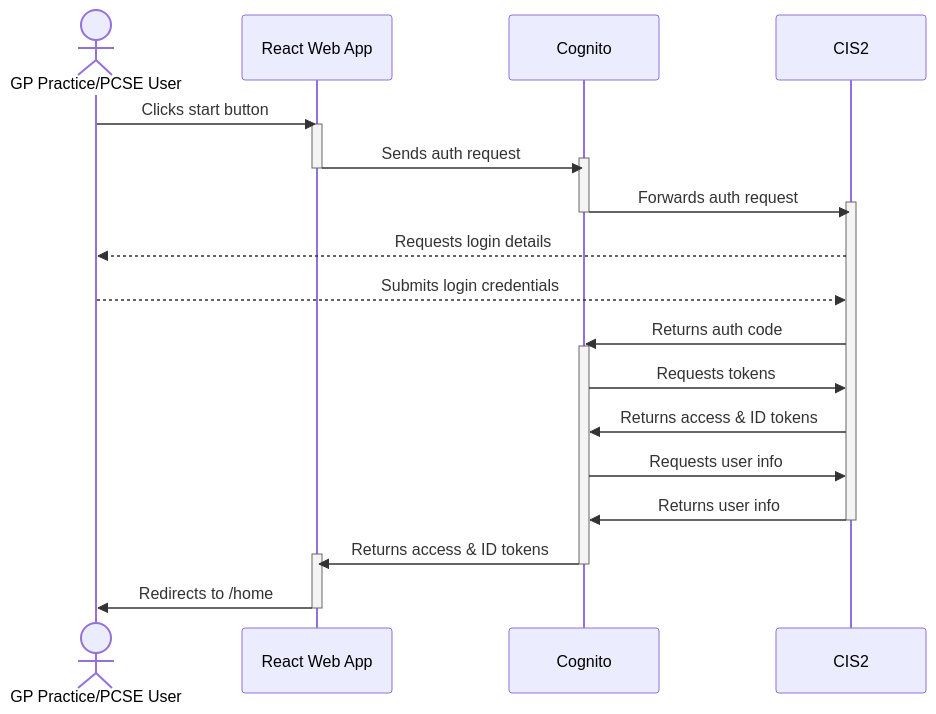
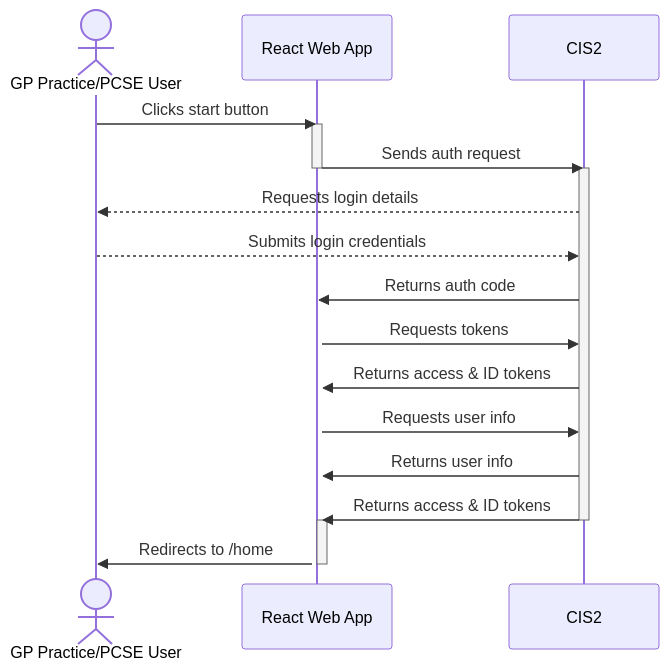
One commit to nhsconnect/document-store-prototype changed the first of 3 diagrams in docs/diagrams/sequence/auth.md. Above: the diagram before and after it, drawn with Mermaid. The commit also changed 17 other files, not shown here.

````diff
--- a/docs/diagrams/sequence/auth.md
+++ b/docs/diagrams/sequence/auth.md
@@ -10,26 +10,22 @@
 ```mermaid
 sequenceDiagram
     actor GP Practice/PCSE User
     GP Practice/PCSE User ->> React Web App: Clicks start button
     activate React Web App
-    React Web App ->> Cognito: Sends auth request
-    activate Cognito
+    React Web App ->> CIS2: Sends auth request
     deactivate React Web App
-    Cognito ->> CIS2: Forwards auth request
     activate CIS2
-    deactivate Cognito
     CIS2 -->> GP Practice/PCSE User: Requests login details
     GP Practice/PCSE User -->> CIS2: Submits login credentials
-    CIS2 ->> Cognito: Returns auth code
-    activate Cognito
-    Cognito ->> CIS2: Requests tokens
-    CIS2 ->> Cognito: Returns access & ID tokens
-    Cognito ->> CIS2: Requests user info
-    CIS2 ->> Cognito: Returns user info
+    CIS2 ->> React Web App: Returns auth code
+    activate React Web App
+    React Web App ->> CIS2: Requests tokens
+    CIS2 ->> React Web App: Returns access & ID tokens
+    React Web App ->> CIS2: Requests user info
+    CIS2 ->> React Web App: Returns user info
+    CIS2 ->> React Web App: Returns access & ID tokens
+    activate React Web App
     deactivate CIS2
-    Cognito ->> React Web App: Returns access & ID tokens
-    activate React Web App
-    deactivate Cognito
     React Web App ->> GP Practice/PCSE User: Redirects to /home
     deactivate React Web App
 ```
````
